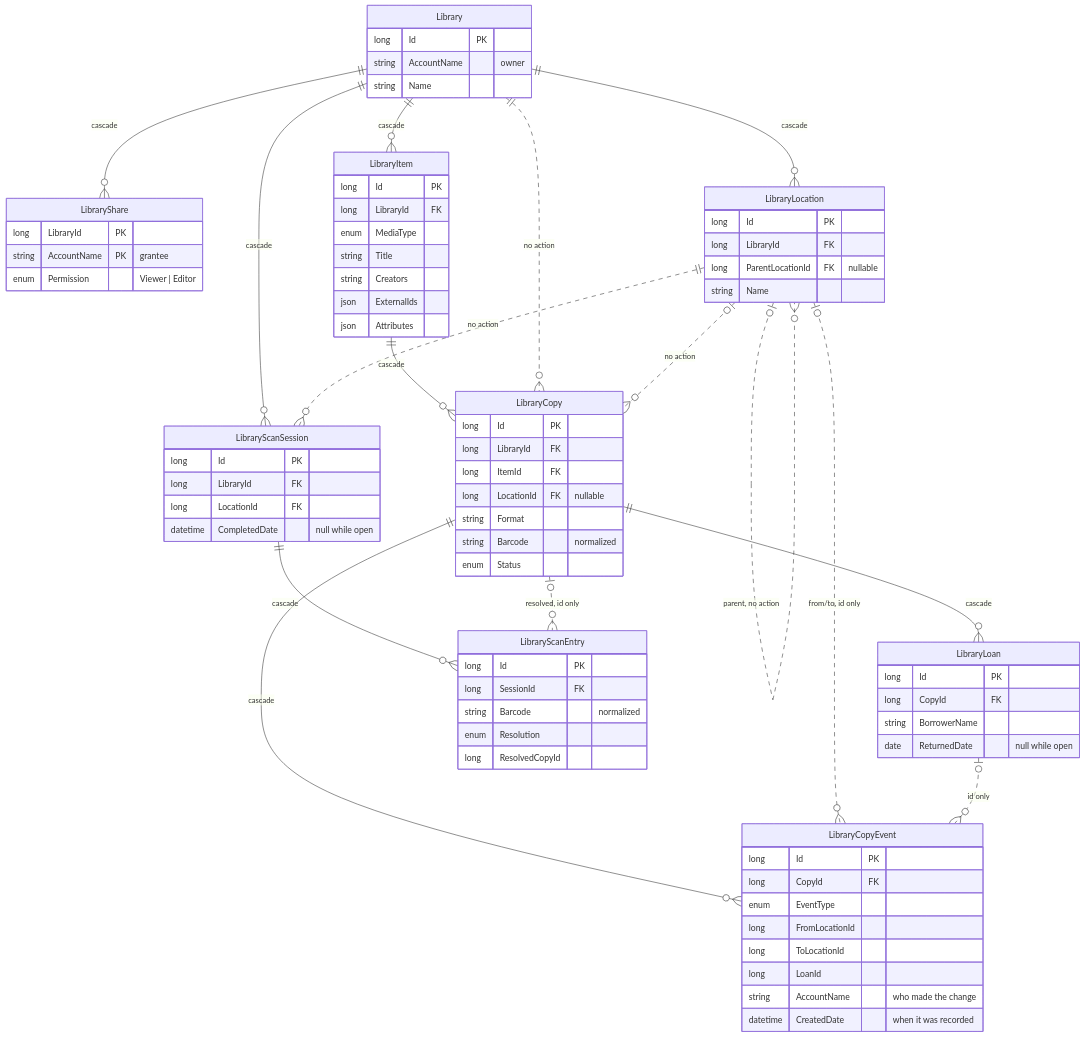
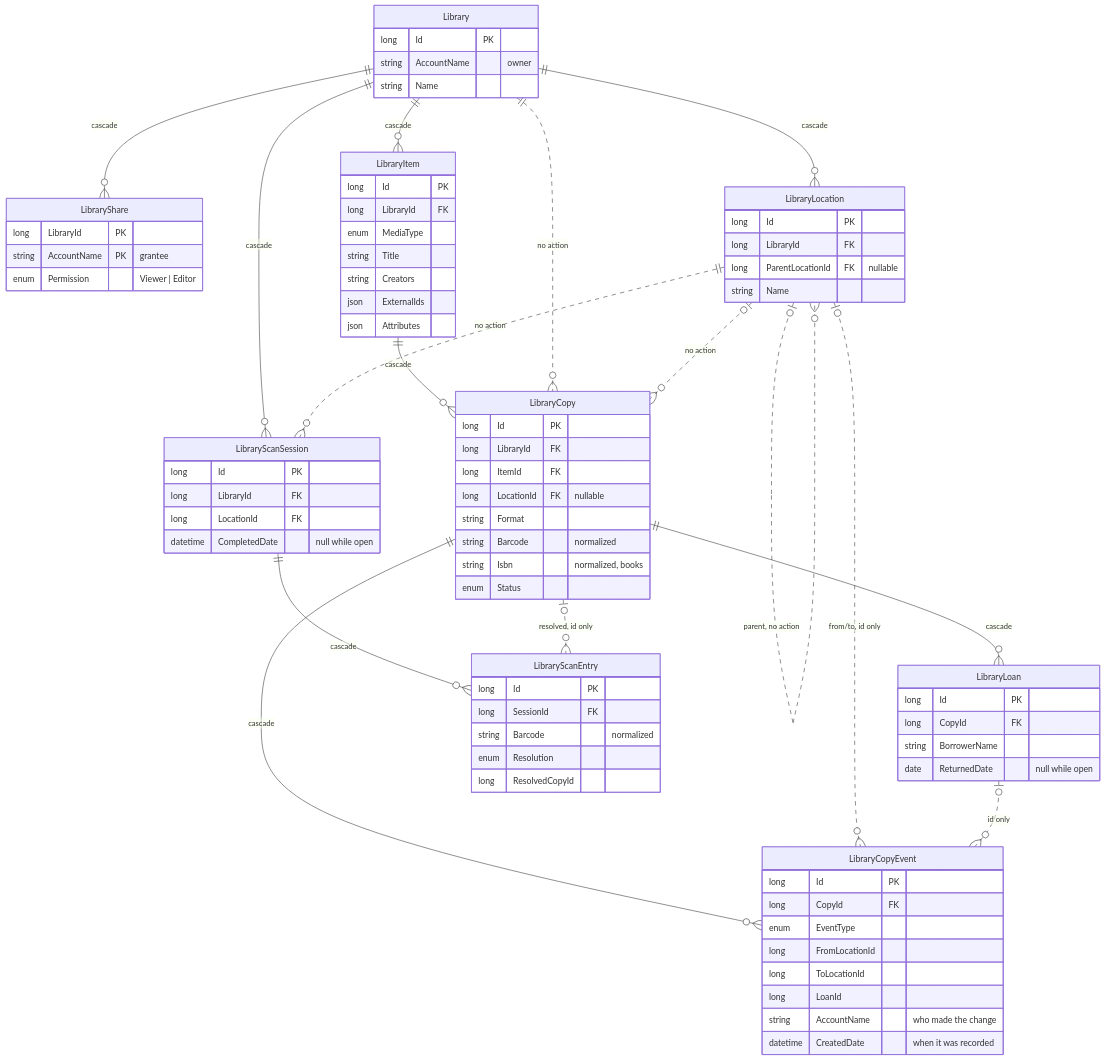
Before and after one commit to tompostler/number-sequence: the first of 2 diagrams in docs/library.md, drawn with Mermaid. The commit also changed other lines of this file and 19 other files, not shown here.

```diff
--- a/docs/library.md
+++ b/docs/library.md
@@ -170,6 +179,7 @@
         long LocationId FK "nullable"
         string Format
         string Barcode "normalized"
+        string Isbn "normalized, books"
         enum Status
     }
     LibraryLoan {
```
